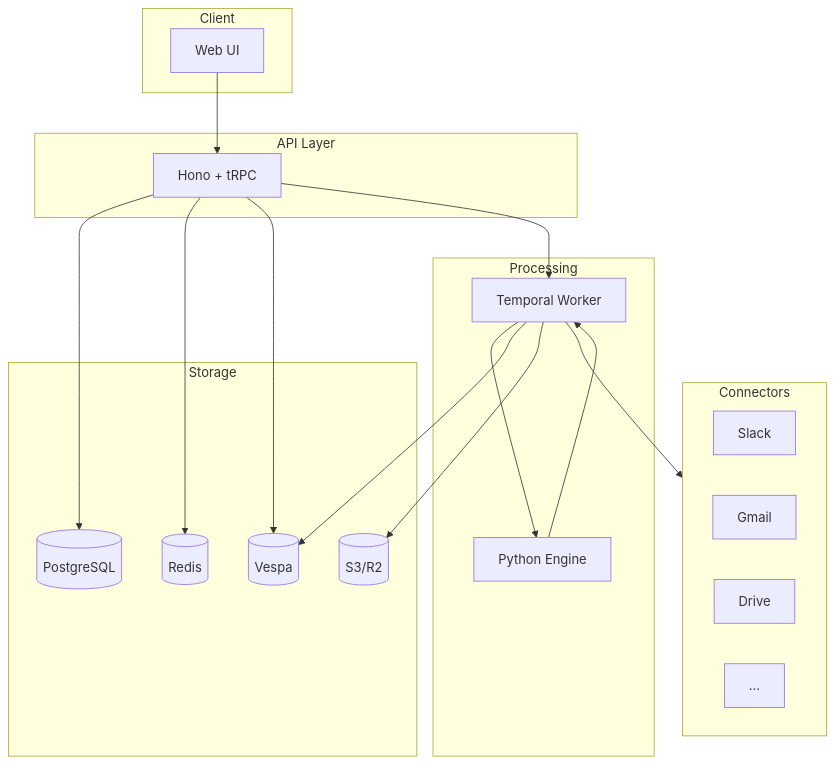
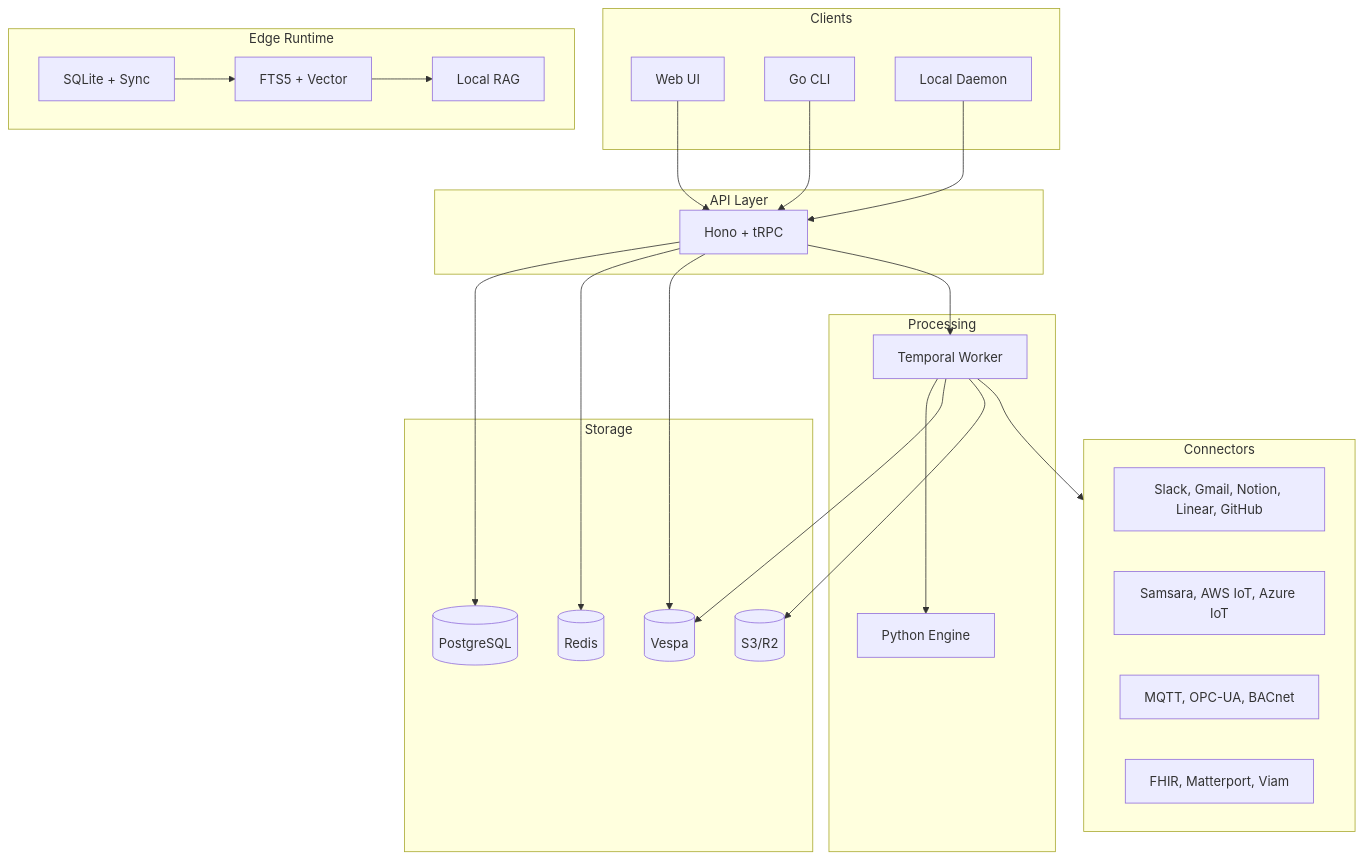
Before and after one commit to kuluruvineeth/openbeam: the first of 2 diagrams in apps/docs/content/docs/index.mdx, drawn with Mermaid. The commit also changed other lines of this file and 4 other files, not shown here.

````diff
--- a/apps/docs/content/docs/index.mdx
+++ b/apps/docs/content/docs/index.mdx
@@ -12,37 +12,44 @@
 ```mermaid
 flowchart TB
-    subgraph Client
+    subgraph Clients
         Web[Web UI]
+        CLI[Go CLI]
+        Daemon[Local Daemon]
     end
 
     subgraph API["API Layer"]
         Server[Hono + tRPC]
     end
 
     subgraph Processing
         Worker[Temporal Worker]
         Engine[Python Engine]
     end
 
     subgraph Storage
         DB[(PostgreSQL)]
         Redis[(Redis)]
         Vespa[(Vespa)]
         S3[(S3/R2)]
     end
 
+    subgraph Edge["Edge Runtime"]
+        EdgeCore[SQLite + Sync]
+        EdgeSearch[FTS5 + Vector]
+        EdgeAI[Local RAG]
+    end
+
     subgraph Connectors
-        Slack & Gmail & Drive & More[...]
+        SaaS[Slack, Gmail, Notion, Linear, GitHub]
+        IoT[Samsara, AWS IoT, Azure IoT]
+        Industrial[MQTT, OPC-UA, BACnet]
+        Physical[FHIR, Matterport, Viam]
     end
 
     Web --> Server
-    Server --> DB
-    Server --> Redis
-    Server --> Vespa
-    Server --> Worker
-    Worker --> Engine
-    Worker --> Connectors
-    Worker --> Vespa
-    Worker --> S3
-    Engine --> Worker
+    CLI --> Server
+    Daemon --> Server
+    Server --> DB & Redis & Vespa & Worker
+    Worker --> Engine & Connectors & Vespa & S3
+    EdgeCore --> EdgeSearch --> EdgeAI
 ```
````
